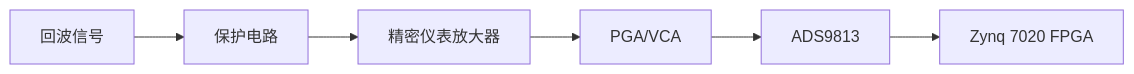
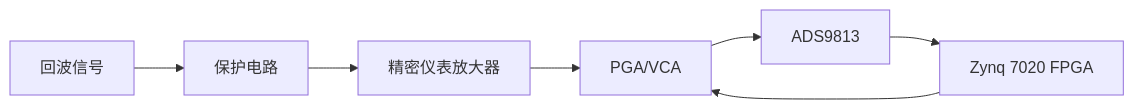
One commit to Rukawa15/iodraw-files changed the diagram in all/多通道同步采集-1.md. Above: the diagram before and after it, drawn with Mermaid.

Commit message:
2025-06-19 14:00:26 update

````diff
--- a/all/多通道同步采集-1.md
+++ b/all/多通道同步采集-1.md
@@ -1,5 +1,7 @@
 ```mermaid
 graph LR
 A[回波信号] --> B[保护电路] --> C[精密仪表放大器] --> D[PGA/VCA] --> E[ADS9813] --> F[Zynq 7020 FPGA]
+F --> D
+
 
 ```
````
